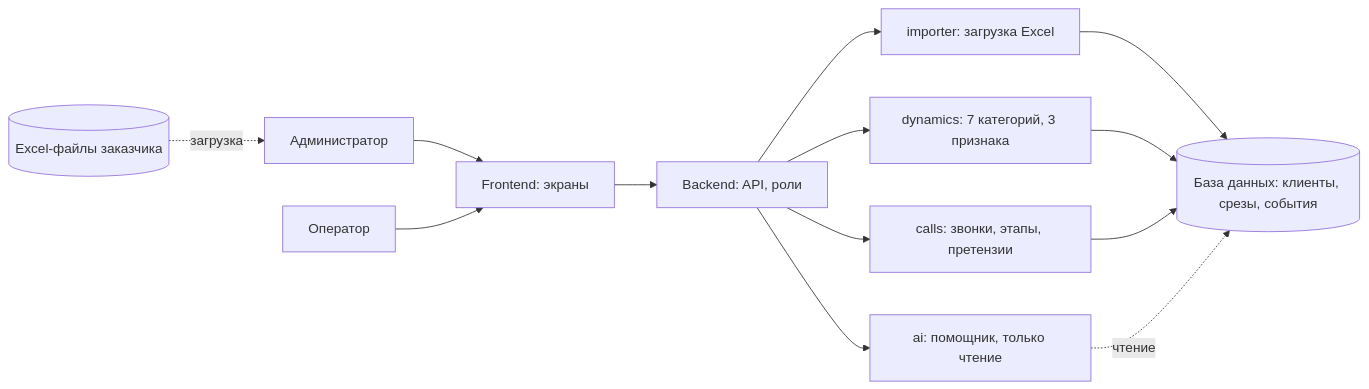
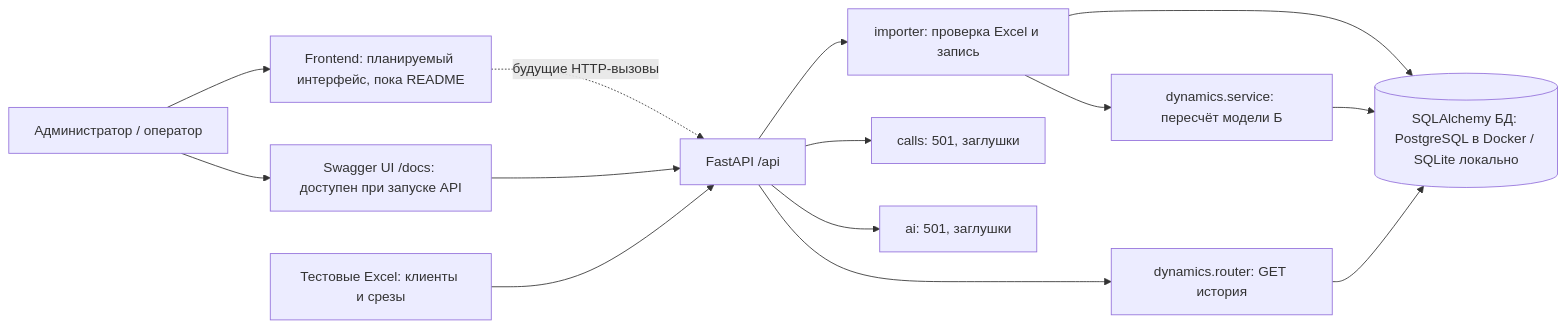
Before and after one commit to barny-kontur-team/Barny-Kontur: the first of 2 diagrams in docs/c4.md, drawn with Mermaid. The commit also changed other lines of this file and 22 other files, not shown here.

Commit message:
Перенос H-02 в backend/dynamics: пересчёт при импорте, GET истории, автотесты

````diff
--- a/docs/c4.md
+++ b/docs/c4.md
@@ -3,15 +7,16 @@
 ```mermaid
 flowchart LR
-  A[Администратор] --> F[Frontend: экраны]
-  O[Оператор] --> F
-  X[(Excel-файлы заказчика)] -. загрузка .-> A
-  F --> B[Backend: API, роли]
-  B --> I[importer: загрузка Excel]
-  B --> D[dynamics: 7 категорий, 3 признака]
-  B --> C[calls: звонки, этапы, претензии]
-  B --> AI[ai: помощник, только чтение]
-  I --> DB[(База данных: клиенты, срезы, события)]
-  D --> DB
-  C --> DB
-  AI -. чтение .-> DB
+    Admin[Администратор / оператор] --> UI[Frontend: планируемый интерфейс, пока README]
+    Admin --> Swagger[Swagger UI /docs: доступен при запуске API]
+    UI -. будущие HTTP-вызовы .-> API[FastAPI /api]
+    Swagger --> API
+    XLS[Тестовые Excel: клиенты и срезы] --> API
+    API --> Import[importer: проверка Excel и запись]
+    Import --> Database[(SQLAlchemy БД: PostgreSQL в Docker / SQLite локально)]
+    Import --> Calc[dynamics.service: пересчёт модели Б]
+    Calc --> Database
+    API --> History[dynamics.router: GET история]
+    History --> Database
+    API --> Calls[calls: 501, заглушки]
+    API --> AI[ai: 501, заглушки]
 ```
````
